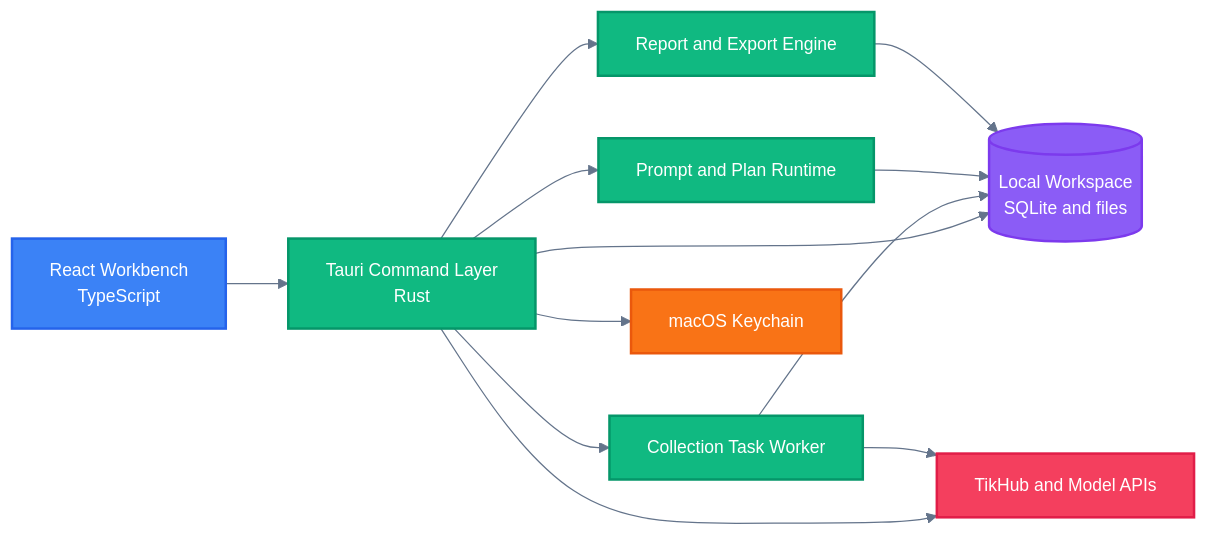
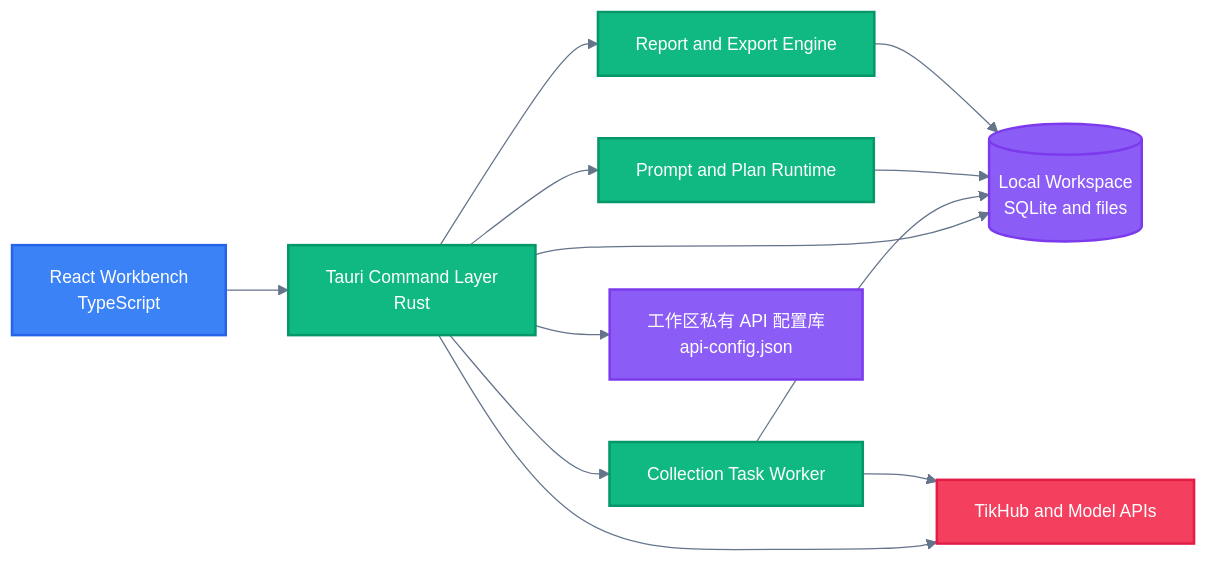
Before and after one commit to ljiulong/sortlytic: the diagram in README-zh.md, drawn with Mermaid. The commit also changed other lines of this file and 2 other files, not shown here.

Commit message:
docs: align API profile security documentation

````diff
--- a/README-zh.md
+++ b/README-zh.md
@@ -225,27 +229,25 @@
 ```mermaid
 %%{init: {'theme': 'base', 'themeVariables': {'fontSize': '14px', 'lineColor': '#64748B'}}}%%
 graph LR
     classDef client fill:#3B82F6,stroke:#2563EB,color:#fff,stroke-width:2px
     classDef service fill:#10B981,stroke:#059669,color:#fff,stroke-width:2px
     classDef data fill:#8B5CF6,stroke:#7C3AED,color:#fff,stroke-width:2px
-    classDef auth fill:#F97316,stroke:#EA580C,color:#fff,stroke-width:2px
     classDef external fill:#F43F5E,stroke:#E11D48,color:#fff,stroke-width:2px
 
     A[React Workbench<br/>TypeScript] --> B[Tauri Command Layer<br/>Rust]
     B --> C[Collection Task Worker]
     B --> D[Prompt and Plan Runtime]
     B --> E[Report and Export Engine]
     B --> F[(Local Workspace<br/>SQLite and files)]
-    B --> G[macOS Keychain]
+    B --> G[工作区私有 API 配置库<br/>api-config.json]
     B --> H[TikHub and Model APIs]
     C --> F
     C --> H
     D --> F
     E --> F
 
     class A client
     class B,C,D,E service
-    class F data
-    class G auth
+    class F,G data
     class H external
 ```
````
